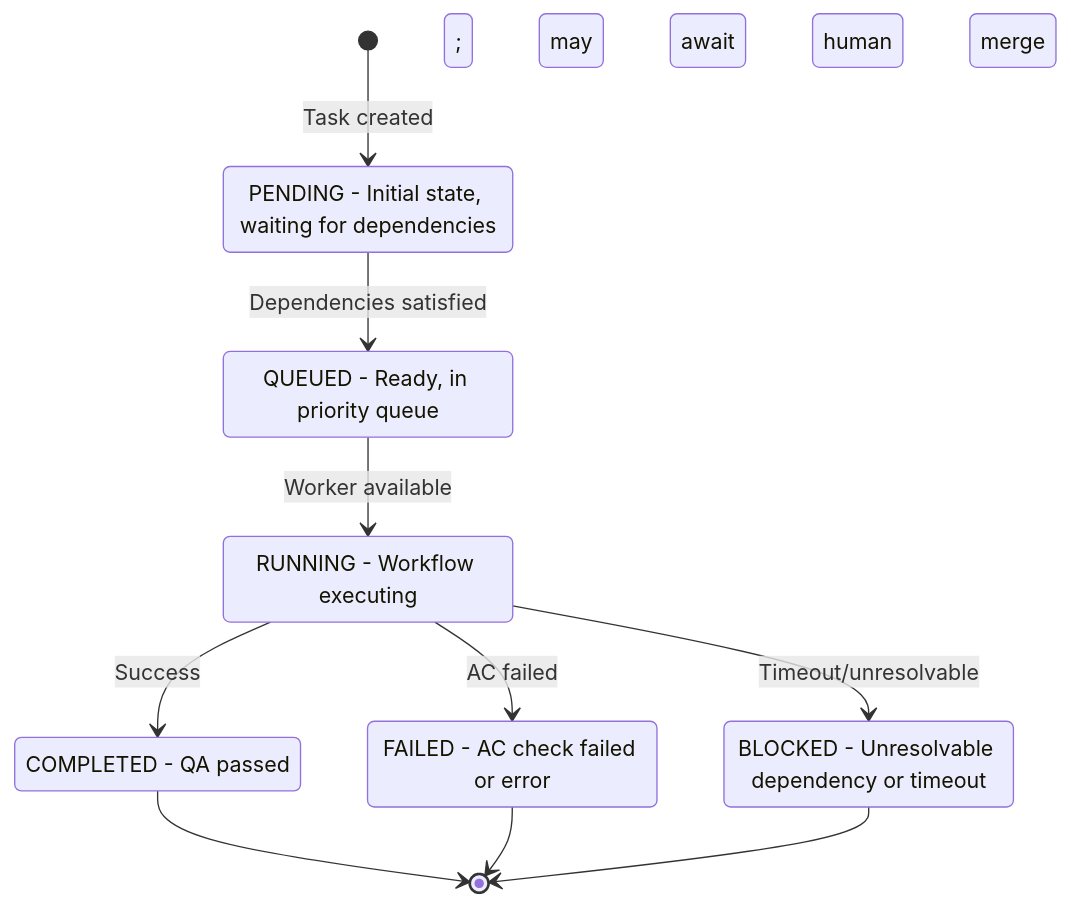
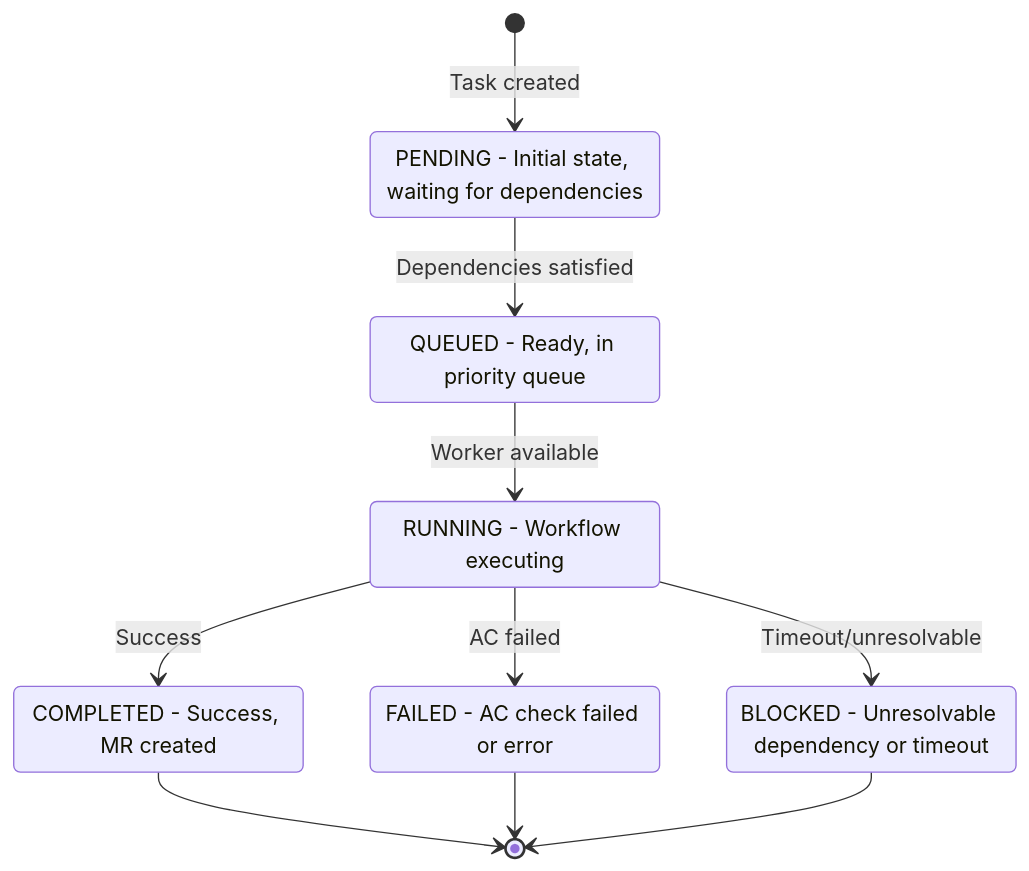
The fourth of 9 diagrams in docs/WORKFLOWS.md (easyhaloo/afk), drawn with Mermaid before and after one commit. The commit also changed other lines of this file and 291 other files, not shown here.

````diff
--- a/docs/WORKFLOWS.md
+++ b/docs/WORKFLOWS.md
@@ -250,20 +170,20 @@
 ```mermaid
 stateDiagram-v2
     [*] --> PENDING: Task created
     PENDING: PENDING - Initial state, waiting for dependencies
     QUEUED: QUEUED - Ready, in priority queue
     RUNNING: RUNNING - Workflow executing
-    COMPLETED: COMPLETED - QA passed; root may await human merge
+    COMPLETED: COMPLETED - Success, MR created
     FAILED: FAILED - AC check failed or error
     BLOCKED: BLOCKED - Unresolvable dependency or timeout
 
     PENDING --> QUEUED: Dependencies satisfied
     QUEUED --> RUNNING: Worker available
     RUNNING --> COMPLETED: Success
     RUNNING --> FAILED: AC failed
     RUNNING --> BLOCKED: Timeout/unresolvable
 
     COMPLETED --> [*]
     FAILED --> [*]
     BLOCKED --> [*]
 ```
````
